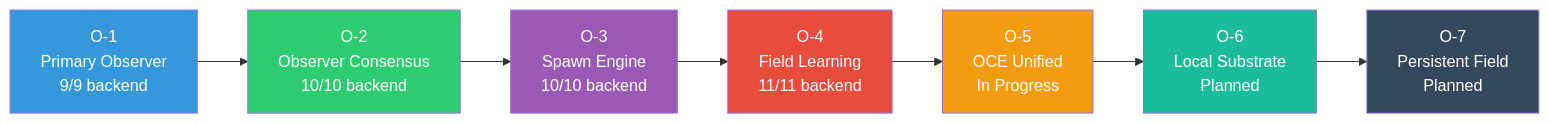
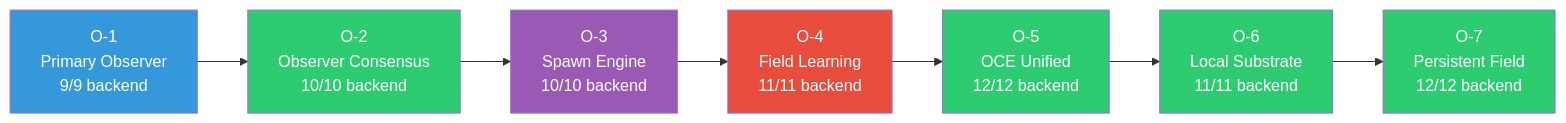
Before and after one commit to dabiggestpoppa/larger-lab: the diagram in ARCHITECTURE.md, drawn with Mermaid. The commit also changed other lines of this file and 1 other file, not shown here.

Commit message:
docs: Update ARCHITECTURE.md and CODEMAP.md for O-7 completion

````diff
--- a/ARCHITECTURE.md
+++ b/ARCHITECTURE.md
@@ -372,17 +372,17 @@
 ```mermaid
 graph LR
     O1[O-1<br/>Primary Observer<br/>9/9 backend] --> O2[O-2<br/>Observer Consensus<br/>10/10 backend]
     O2 --> O3[O-3<br/>Spawn Engine<br/>10/10 backend]
     O3 --> O4[O-4<br/>Field Learning<br/>11/11 backend]
-    O4 --> O5[O-5<br/>OCE Unified<br/>In Progress]
-    O5 --> O6[O-6<br/>Local Substrate<br/>Planned]
-    O6 --> O7[O-7<br/>Persistent Field<br/>Planned]
+    O4 --> O5[O-5<br/>OCE Unified<br/>12/12 backend]
+    O5 --> O6[O-6<br/>Local Substrate<br/>11/11 backend]
+    O6 --> O7[O-7<br/>Persistent Field<br/>12/12 backend]
 
     style O1 fill:#3498db,color:#fff
     style O2 fill:#2ecc71,color:#fff
     style O3 fill:#9b59b6,color:#fff
     style O4 fill:#e74c3c,color:#fff
-    style O5 fill:#f39c12,color:#fff
-    style O6 fill:#1abc9c,color:#fff
-    style O7 fill:#34495e,color:#fff
+    style O5 fill:#2ecc71,color:#fff
+    style O6 fill:#2ecc71,color:#fff
+    style O7 fill:#2ecc71,color:#fff
 ```
````
